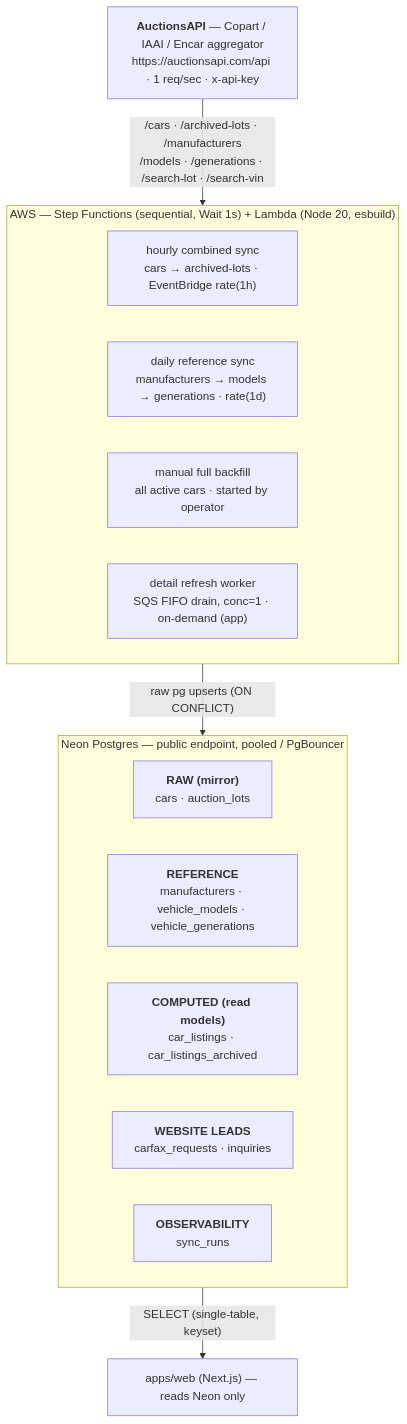
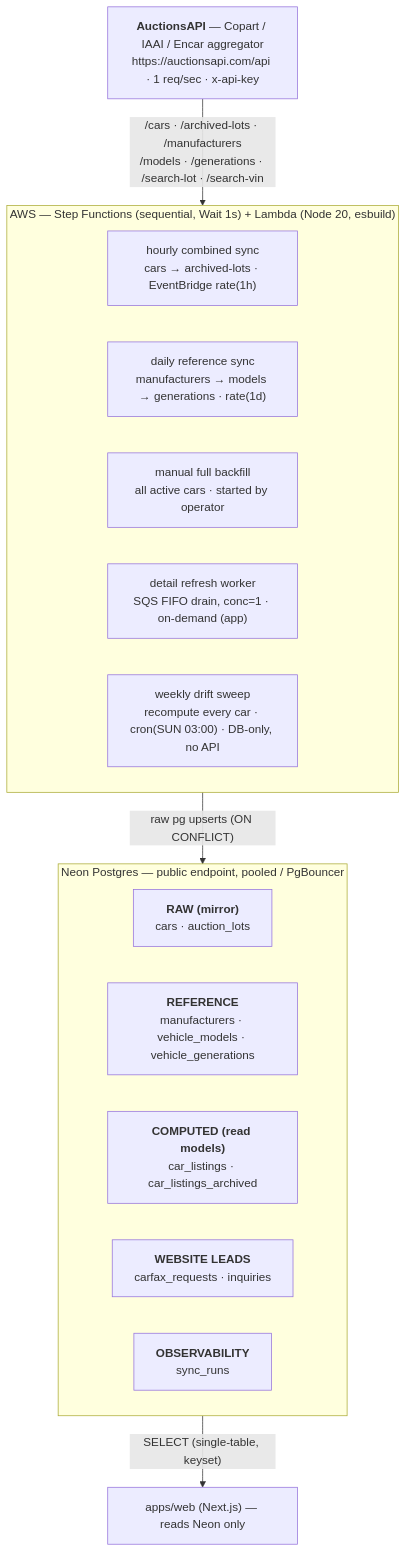
Before and after one commit to bojidaryovchev/selectauto: the diagram in docs/00-overview.md, drawn with Mermaid. The commit also changed other lines of this file and 239 other files, not shown here.

````diff
--- a/docs/00-overview.md
+++ b/docs/00-overview.md
@@ -32,25 +38,26 @@
 ```mermaid
 flowchart TD
   api["<b>AuctionsAPI</b> — Copart / IAAI / Encar aggregator<br/>https://auctionsapi.com/api · 1 req/sec · x-api-key"]
 
   subgraph aws["AWS — Step Functions (sequential, Wait 1s) + Lambda (Node 20, esbuild)"]
     f1["hourly combined sync<br/>cars → archived-lots · EventBridge rate(1h)"]
     f2["daily reference sync<br/>manufacturers → models → generations · rate(1d)"]
     f3["manual full backfill<br/>all active cars · started by operator"]
     f4["detail refresh worker<br/>SQS FIFO drain, conc=1 · on-demand (app)"]
+    f5["weekly drift sweep<br/>recompute every car · cron(SUN 03:00) · DB-only, no API"]
   end
 
   subgraph neon["Neon Postgres — public endpoint, pooled / PgBouncer"]
     raw["<b>RAW (mirror)</b><br/>cars · auction_lots"]
     ref["<b>REFERENCE</b><br/>manufacturers · vehicle_models · vehicle_generations"]
     comp["<b>COMPUTED (read models)</b><br/>car_listings · car_listings_archived"]
     leads["<b>WEBSITE LEADS</b><br/>carfax_requests · inquiries"]
     obs["<b>OBSERVABILITY</b><br/>sync_runs"]
   end
 
   web["apps/web (Next.js) — reads Neon only"]
 
   api -->|"/cars · /archived-lots · /manufacturers<br/>/models · /generations · /search-lot · /search-vin"| aws
   aws -->|"raw pg upserts (ON CONFLICT)"| neon
   neon -->|"SELECT (single-table, keyset)"| web
 ```
````
